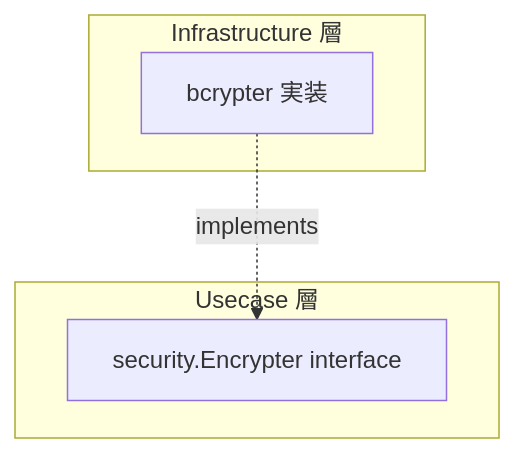
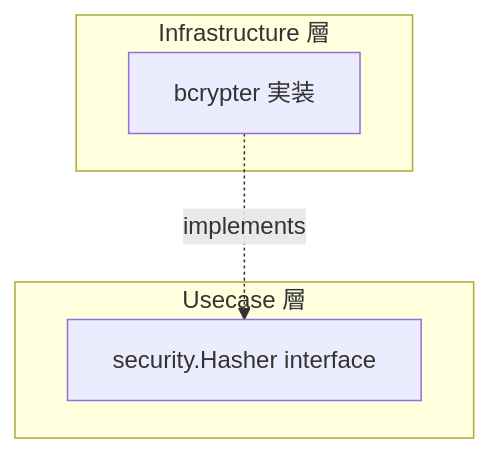
Before and after one commit to Tomy-ch/go-boilerplate: the diagram in internal/infrastructure/security/README.ja.md, drawn with Mermaid. The commit also changed other lines of this file and 19 other files, not shown here.

````diff
--- a/internal/infrastructure/security/README.ja.md
+++ b/internal/infrastructure/security/README.ja.md
@@ -9,11 +9,11 @@
 ```mermaid
 flowchart TB
     subgraph "Usecase 層"
-        IF["security.Encrypter interface"]
+        IF["security.Hasher interface"]
     end
     subgraph "Infrastructure 層"
         Impl["bcrypter 実装"]
     end
 
     Impl -. implements .-> IF
 ```
````
